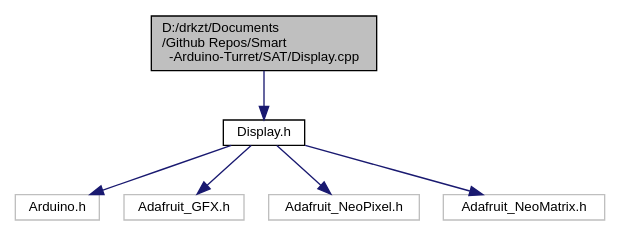
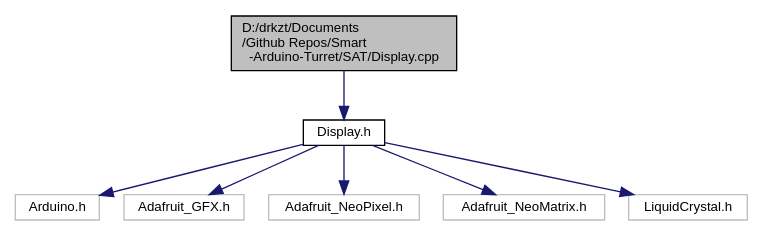
The diagram in UML/rtf/_display_8cpp__incl.dot (StanleyAlbayeros/Smart-Arduino-Turret), drawn with Graphviz before and after one commit. The commit also changed 53 other files, not shown here.

```diff
--- a/UML/rtf/_display_8cpp__incl.dot
+++ b/UML/rtf/_display_8cpp__incl.dot
@@ -1,16 +1,18 @@
 digraph "D:/drkzt/Documents/Github Repos/Smart-Arduino-Turret/SAT/Display.cpp"
 {
   edge [fontname="Helvetica",fontsize="10",labelfontname="Helvetica",labelfontsize="10"];
   node [fontname="Helvetica",fontsize="10",shape=record];
   Node0 [label="D:/drkzt/Documents\l/Github Repos/Smart\l-Arduino-Turret/SAT/Display.cpp",height=0.2,width=0.4,color="black", fillcolor="grey75", style="filled", fontcolor="black"];
   Node0 -> Node1 [color="midnightblue",fontsize="10",style="solid",fontname="Helvetica"];
   Node1 [label="Display.h",height=0.2,width=0.4,color="black", fillcolor="white", style="filled",URL="$_display_8h.html"];
   Node1 -> Node2 [color="midnightblue",fontsize="10",style="solid",fontname="Helvetica"];
   Node2 [label="Arduino.h",height=0.2,width=0.4,color="grey75", fillcolor="white", style="filled"];
   Node1 -> Node3 [color="midnightblue",fontsize="10",style="solid",fontname="Helvetica"];
   Node3 [label="Adafruit_GFX.h",height=0.2,width=0.4,color="grey75", fillcolor="white", style="filled"];
   Node1 -> Node4 [color="midnightblue",fontsize="10",style="solid",fontname="Helvetica"];
   Node4 [label="Adafruit_NeoPixel.h",height=0.2,width=0.4,color="grey75", fillcolor="white", style="filled"];
   Node1 -> Node5 [color="midnightblue",fontsize="10",style="solid",fontname="Helvetica"];
   Node5 [label="Adafruit_NeoMatrix.h",height=0.2,width=0.4,color="grey75", fillcolor="white", style="filled"];
+  Node1 -> Node6 [color="midnightblue",fontsize="10",style="solid",fontname="Helvetica"];
+  Node6 [label="LiquidCrystal.h",height=0.2,width=0.4,color="grey75", fillcolor="white", style="filled"];
 }
```
